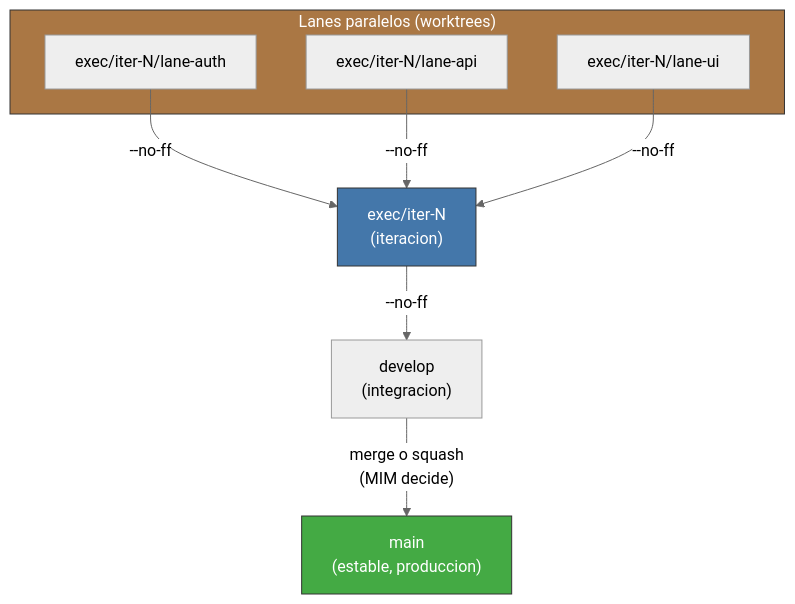
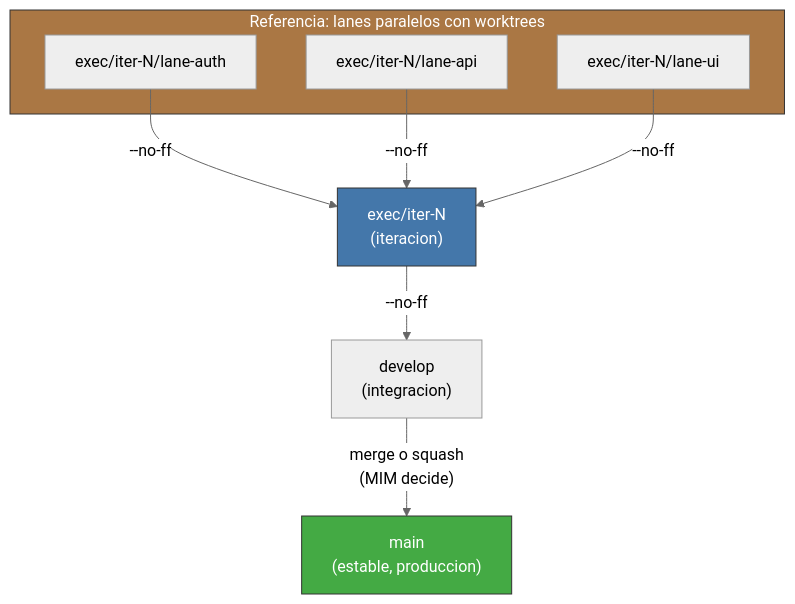
Before and after one commit to virgenherrera/virgil: diagram 40 of 48 in principia/overview.md, drawn with Mermaid (neutral theme). The commit also changed other lines of this file, not shown here.

````diff
--- a/principia/overview.md
+++ b/principia/overview.md
@@ -1343,20 +1487,20 @@
 ```mermaid
 flowchart TD
     MAIN["main\n(estable, produccion)"]
     DEV["develop\n(integracion)"]
     ITER["exec/iter-N\n(iteracion)"]
 
-    subgraph LANES["Lanes paralelos (worktrees)"]
+    subgraph LANES["Referencia: lanes paralelos con worktrees"]
         L1["exec/iter-N/lane-auth"]
         L2["exec/iter-N/lane-api"]
         L3["exec/iter-N/lane-ui"]
     end
 
     L1 & L2 & L3 -->|"--no-ff"| ITER
     ITER -->|"--no-ff"| DEV
     DEV -->|"merge o squash\n(MIM decide)"| MAIN
 
     style MAIN fill:#4a4,stroke:#333,color:#fff
     style ITER fill:#47a,stroke:#333,color:#fff
     style LANES fill:#a74,stroke:#333,color:#fff
 ```
````
